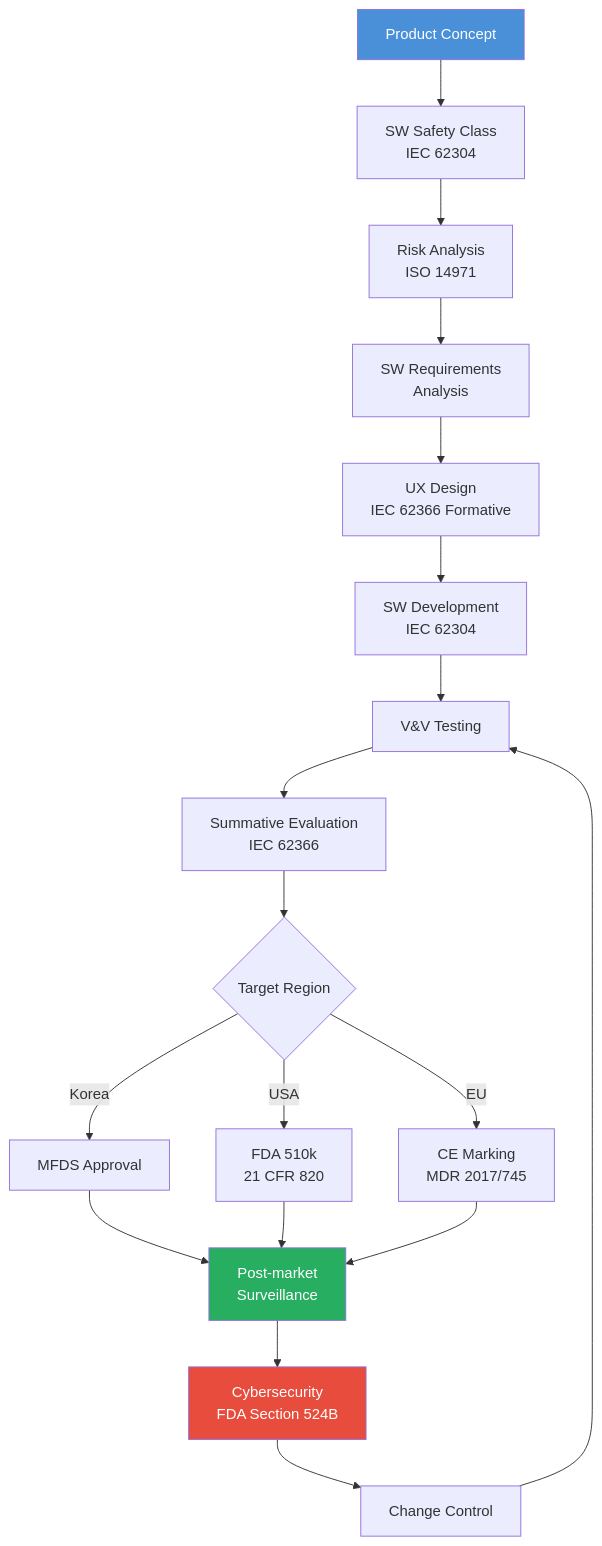
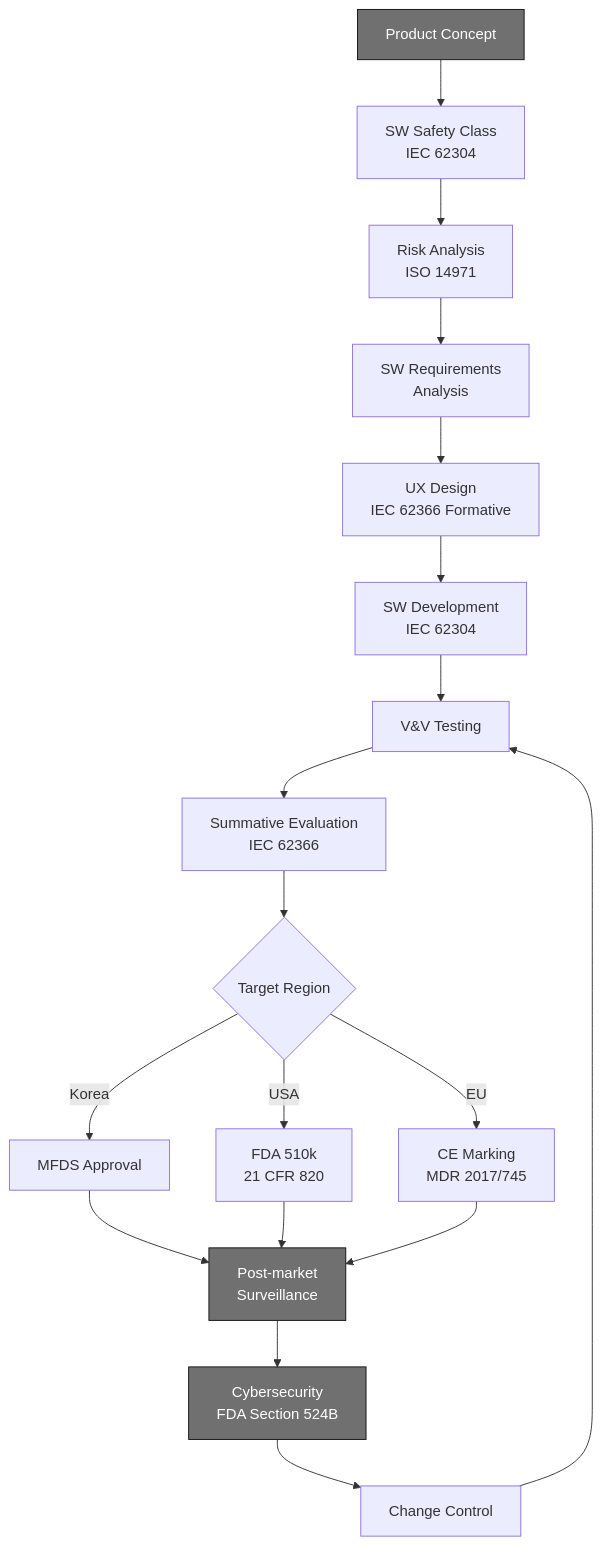
The seventh of 7 diagrams in docs/planning/DOC-001_MRD_v3.0.md (holee9/console-gui), drawn with Mermaid before and after one commit. The commit also changed other lines of this file, not shown here.

````diff
--- a/docs/planning/DOC-001_MRD_v3.0.md
+++ b/docs/planning/DOC-001_MRD_v3.0.md
@@ -924,24 +924,24 @@
 ```mermaid
 flowchart TD
     A[Product Concept] --> B[SW Safety Class\nIEC 62304]
     B --> C[Risk Analysis\nISO 14971]
     C --> D[SW Requirements\nAnalysis]
     D --> E[UX Design\nIEC 62366 Formative]
     E --> F[SW Development\nIEC 62304]
     F --> G[V&V Testing]
     G --> H[Summative Evaluation\nIEC 62366]
     H --> I{Target Region}
     I --> |Korea| J[MFDS Approval]
     I --> |USA| K[FDA 510k\n21 CFR 820]
     I --> |EU| L[CE Marking\nMDR 2017/745]
     J --> M[Post-market\nSurveillance]
     K --> M
     L --> M
     M --> N[Cybersecurity\nFDA Section 524B]
     N --> O[Change Control]
     O --> G
 
-    style A fill:#4A90D9,color:#fff
-    style M fill:#27AE60,color:#fff
-    style N fill:#E74C3C,color:#fff
+    style A fill:#707070,stroke:#111111,color:#FFFFFF
+    style M fill:#707070,stroke:#111111,color:#FFFFFF
+    style N fill:#707070,stroke:#111111,color:#FFFFFF
 ```
````
